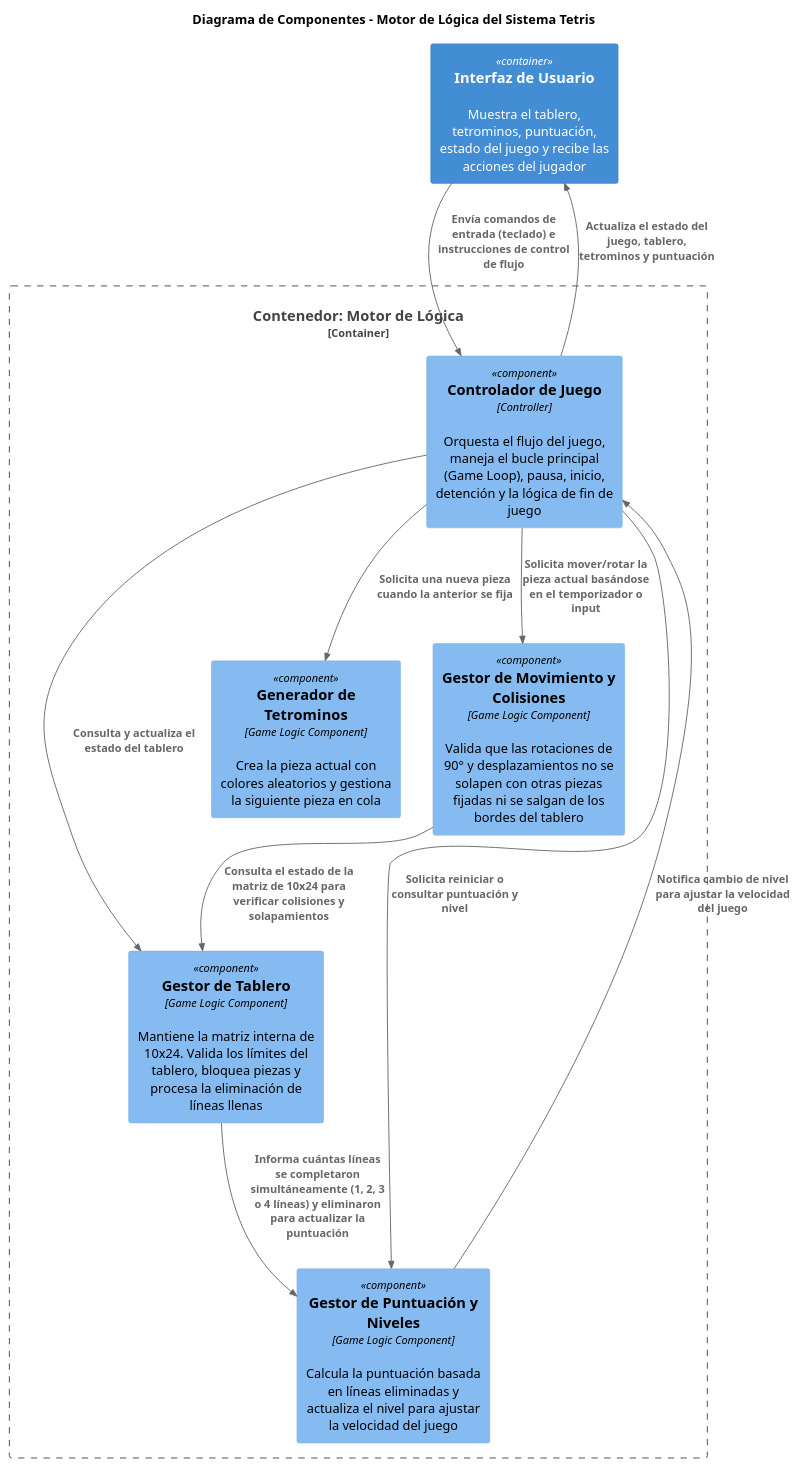
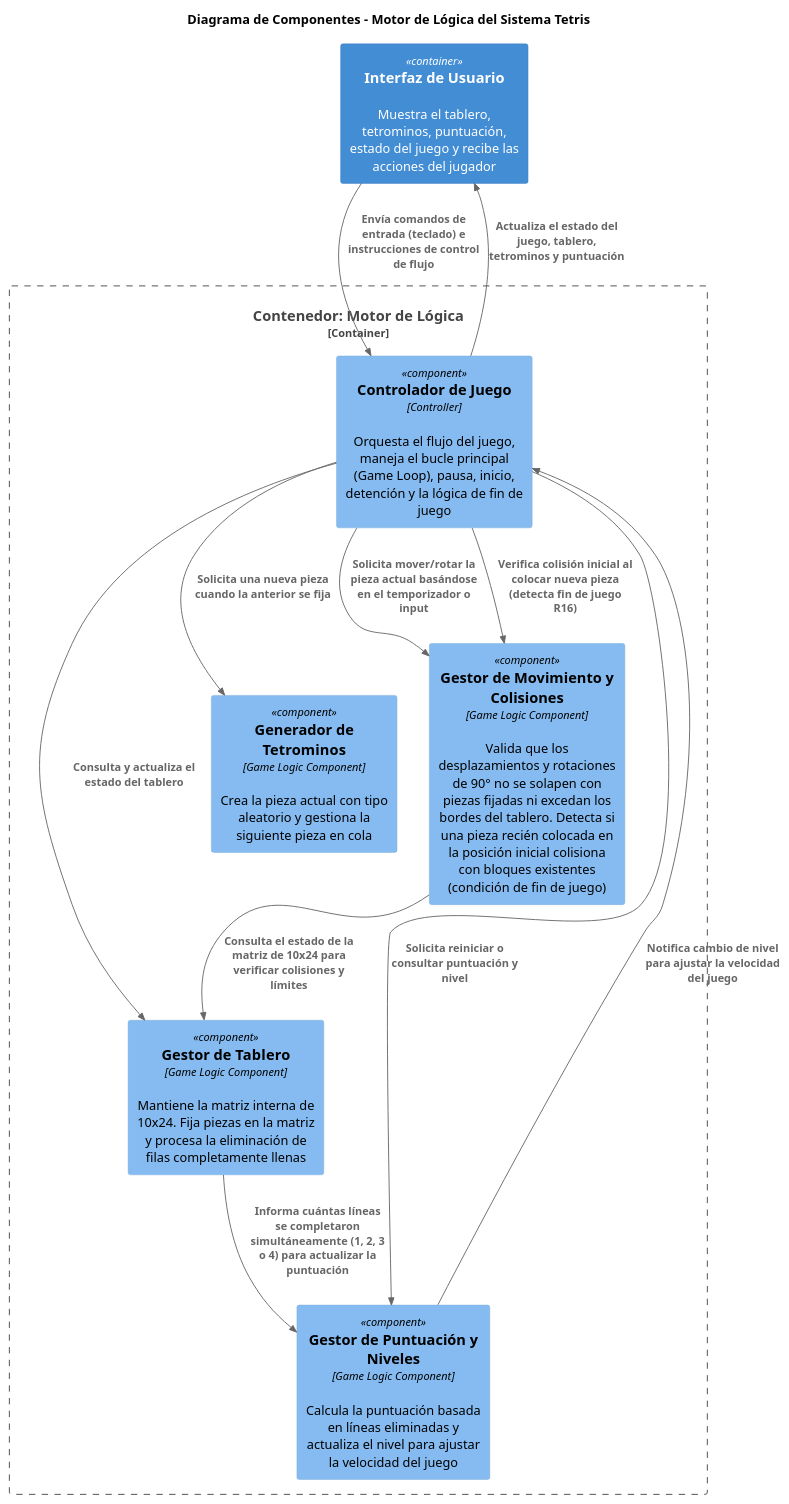
Before and after one commit to mateonicolasg/Tetris_VyV: the diagram in modeloC4_Tetris/component.puml, drawn with PlantUML.

Commit message:
Ajustes menores en el diagrama de componentes (Gestor de Tablero y Gestor de Movimientos y Colisiones)

```diff
--- a/modeloC4_Tetris/component.puml
+++ b/modeloC4_Tetris/component.puml
@@ -1,33 +1,34 @@
 @startuml tetris-component
 title Diagrama de Componentes - Motor de Lógica del Sistema Tetris
 
 !include https://raw.githubusercontent.com/plantuml-stdlib/C4-PlantUML/master/C4_Component.puml
 
 Container(ui, "Interfaz de Usuario", , "Muestra el tablero, tetrominos, puntuación, estado del juego y recibe las acciones del jugador")
 
 Container_Boundary(motor_juego_boundary, "Contenedor: Motor de Lógica") {
     
     Component(controlador_juego, "Controlador de Juego", "Controller", "Orquesta el flujo del juego, maneja el bucle principal (Game Loop), pausa, inicio, detención y la lógica de fin de juego")
     
-    Component(gestor_tablero, "Gestor de Tablero", "Game Logic Component", "Mantiene la matriz interna de 10x24. Valida los límites del tablero, bloquea piezas y procesa la eliminación de líneas llenas")
+    Component(gestor_tablero, "Gestor de Tablero", "Game Logic Component", "Mantiene la matriz interna de 10x24. Fija piezas en la matriz y procesa la eliminación de filas completamente llenas")
     
-    Component(generador_piezas, "Generador de Tetrominos", "Game Logic Component", "Crea la pieza actual con colores aleatorios y gestiona la siguiente pieza en cola")
+    Component(generador_piezas, "Generador de Tetrominos", "Game Logic Component", "Crea la pieza actual con tipo aleatorio y gestiona la siguiente pieza en cola")
     
-    Component(gestor_mov_col, "Gestor de Movimiento y Colisiones", "Game Logic Component", "Valida que las rotaciones de 90° y desplazamientos no se solapen con otras piezas fijadas ni se salgan de los bordes del tablero")
+    Component(gestor_mov_col, "Gestor de Movimiento y Colisiones", "Game Logic Component", "Valida que los desplazamientos y rotaciones de 90° no se solapen con piezas fijadas ni excedan los bordes del tablero. Detecta si una pieza recién colocada en la posición inicial colisiona con bloques existentes (condición de fin de juego)")
 
     Component(gestor_puntuacion_niveles, "Gestor de Puntuación y Niveles", "Game Logic Component", "Calcula la puntuación basada en líneas eliminadas y actualiza el nivel para ajustar la velocidad del juego")    
 }
 
 Rel(ui, controlador_juego, "Envía comandos de entrada (teclado) e instrucciones de control de flujo")
 Rel_U(controlador_juego, ui, "Actualiza el estado del juego, tablero, tetrominos y puntuación")
 
 Rel(controlador_juego, gestor_mov_col, "Solicita mover/rotar la pieza actual basándose en el temporizador o input")
+Rel(controlador_juego, gestor_mov_col, "Verifica colisión inicial al colocar nueva pieza (detecta fin de juego R16)")
 Rel(controlador_juego, generador_piezas, "Solicita una nueva pieza cuando la anterior se fija")
 Rel(controlador_juego, gestor_tablero, "Consulta y actualiza el estado del tablero")
 Rel(controlador_juego, gestor_puntuacion_niveles, "Solicita reiniciar o consultar puntuación y nivel")
 
-Rel(gestor_mov_col, gestor_tablero, "Consulta el estado de la matriz de 10x24 para verificar colisiones y solapamientos")
-Rel(gestor_tablero, gestor_puntuacion_niveles, "Informa cuántas líneas se completaron simultáneamente (1, 2, 3 o 4 líneas) y eliminaron para actualizar la puntuación")
+Rel(gestor_mov_col, gestor_tablero, "Consulta el estado de la matriz de 10x24 para verificar colisiones y límites")
+Rel(gestor_tablero, gestor_puntuacion_niveles, "Informa cuántas líneas se completaron simultáneamente (1, 2, 3 o 4) para actualizar la puntuación")
 Rel(gestor_puntuacion_niveles, controlador_juego, "Notifica cambio de nivel para ajustar la velocidad del juego")
 
 @enduml
```
